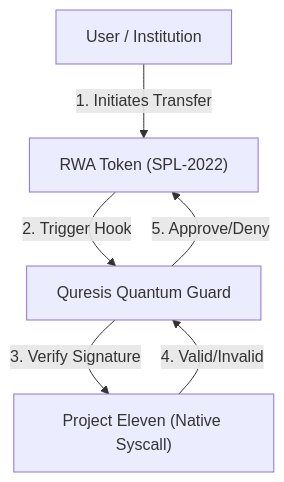
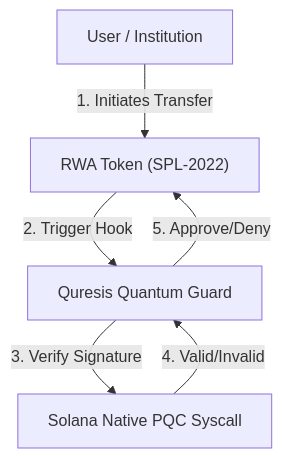
The diagram in README.md (minerva-id/quresis-core), drawn with Mermaid before and after one commit. The commit also changed other lines of this file and 14 other files, not shown here.

````diff
--- a/README.md
+++ b/README.md
@@ -48,8 +49,8 @@
 ```mermaid
 graph TD
     User["User / Institution"] -->|1. Initiates Transfer| Token["RWA Token (SPL-2022)"]
     Token -->|2. Trigger Hook| Guard["Quresis Quantum Guard"]
-    Guard -->|3. Verify Signature| P11["Project Eleven (Native Syscall)"]
-    P11 -->|4. Valid/Invalid| Guard
+    Guard -->|3. Verify Signature| Syscall["Solana Native PQC Syscall"]
+    Syscall -->|4. Valid/Invalid| Guard
     Guard -->|5. Approve/Deny| Token
 ```
````
